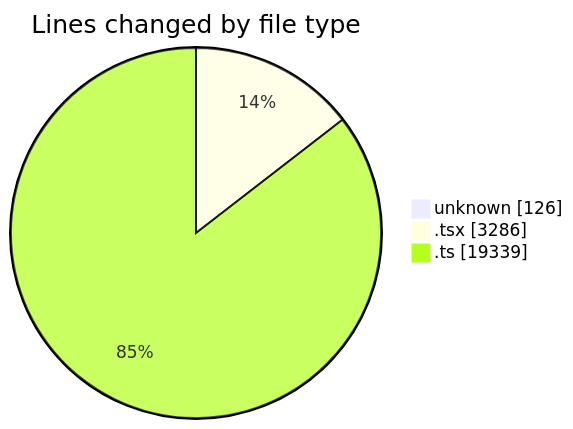
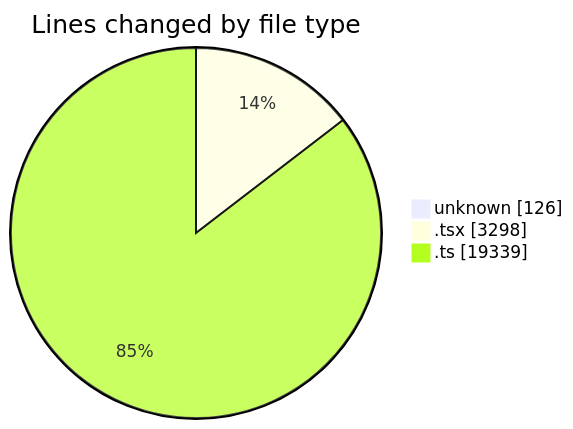
Before and after one commit to momahboobian/code-tracking: the first of 2 diagrams in 2026-09-23/cda/README.md, drawn with Mermaid. The commit also changed other lines of this file and 1 other file, not shown here.

````diff
--- a/2026-09-23/cda/README.md
+++ b/2026-09-23/cda/README.md
@@ -35,7 +35,7 @@
 ```mermaid
 pie showData
 title Lines changed by file type
 "unknown" : 126
-".tsx" : 3286
+".tsx" : 3298
 ".ts" : 19339
 ```
````
